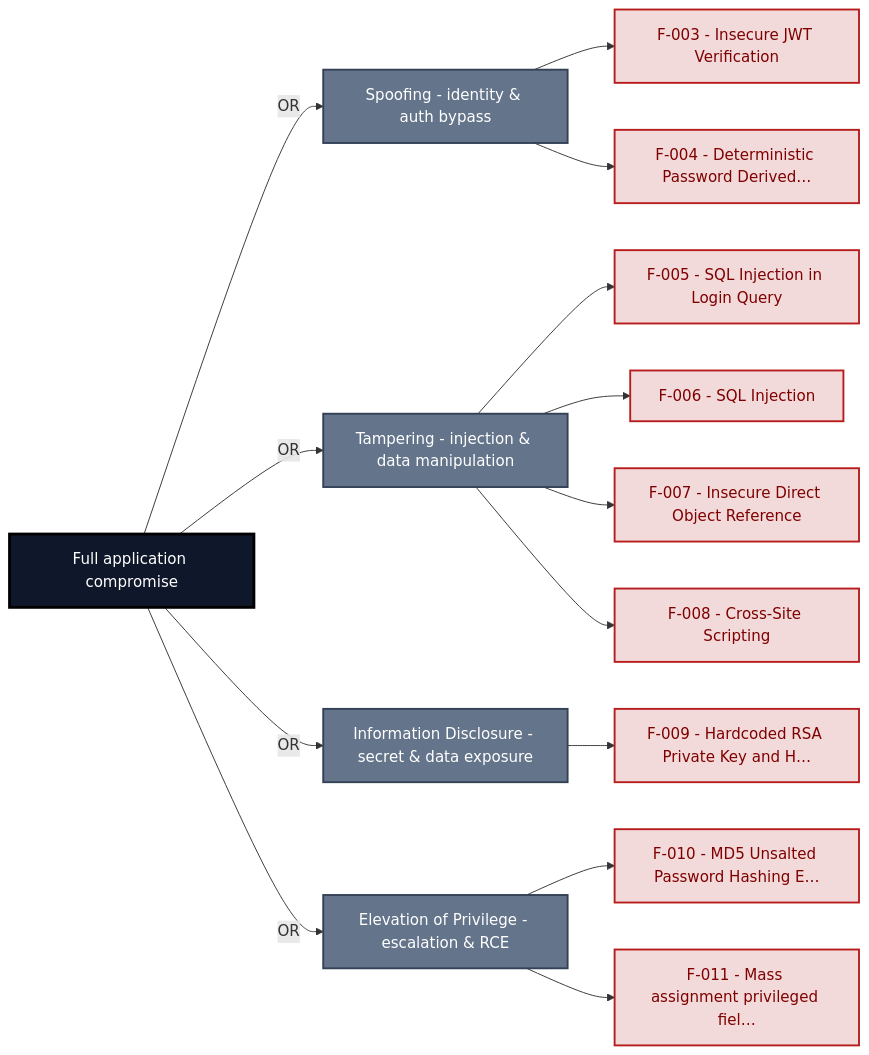
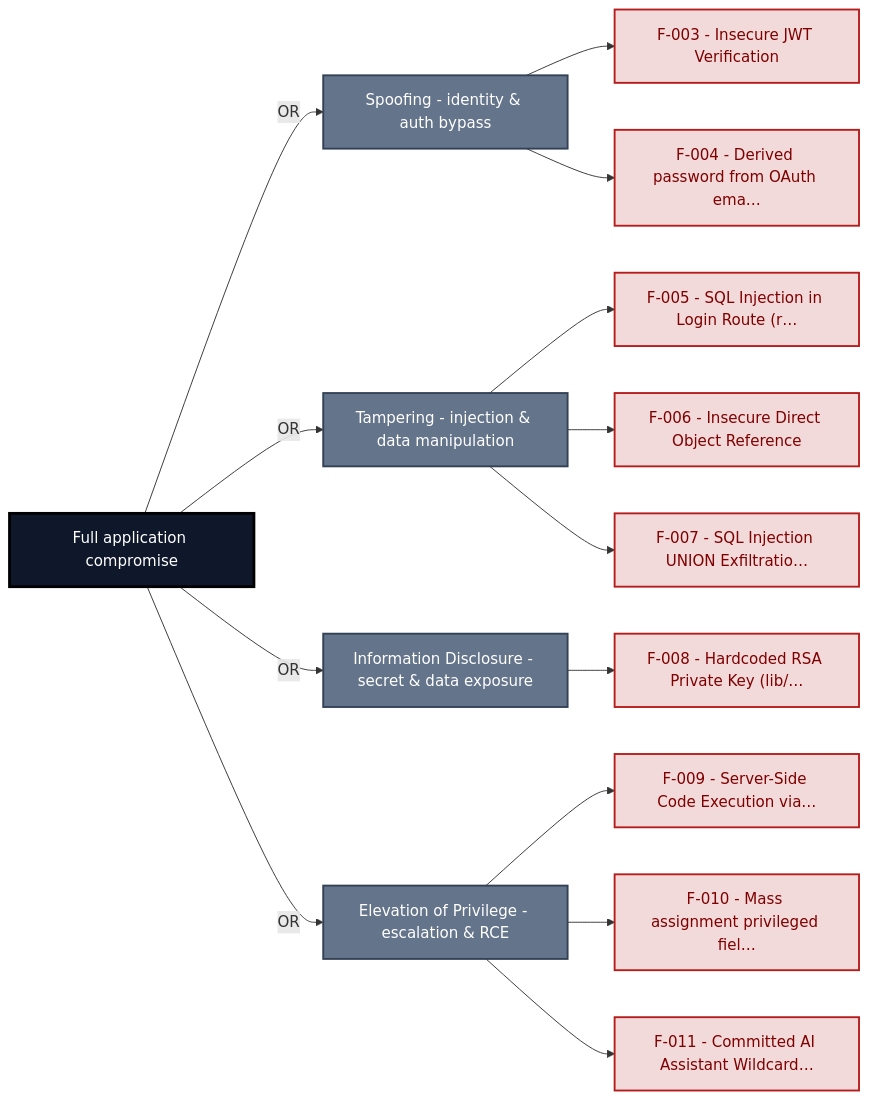
One commit to appsec-foundry/appsec-advisor changed the first of 5 diagrams in examples/threat-modeler/threat-model-juice-shop-quick.md. Above: the diagram before and after it, drawn with Mermaid. The commit also changed other lines of this file and 7 other files, not shown here.

````diff
--- a/examples/threat-modeler/threat-model-juice-shop-quick.md
+++ b/examples/threat-modeler/threat-model-juice-shop-quick.md
@@ -269,36 +182,36 @@
 ```mermaid
 graph LR
     GOAL["Full application compromise"]:::goal
     CAP_SPOOF["Spoofing - identity & auth bypass"]:::or_node
     T003["F-003 - Insecure JWT Verification"]:::leaf
-    T004["F-004 - Deterministic Password Derived…"]:::leaf
+    T004["F-004 - Derived password from OAuth ema…"]:::leaf
     CAP_TAMPER["Tampering - injection & data manipulation"]:::or_node
-    T005["F-005 - SQL Injection in Login Query"]:::leaf
-    T006["F-006 - SQL Injection"]:::leaf
-    T007["F-007 - Insecure Direct Object Reference"]:::leaf
-    T008["F-008 - Cross-Site Scripting"]:::leaf
+    T005["F-005 - SQL Injection in Login Route (r…"]:::leaf
+    T006["F-006 - Insecure Direct Object Reference"]:::leaf
+    T007["F-007 - SQL Injection UNION Exfiltratio…"]:::leaf
     CAP_INFO["Information Disclosure - secret & data exposure"]:::or_node
-    T009["F-009 - Hardcoded RSA Private Key and H…"]:::leaf
+    T008["F-008 - Hardcoded RSA Private Key (lib/…"]:::leaf
     CAP_EOP["Elevation of Privilege - escalation & RCE"]:::or_node
-    T010["F-010 - MD5 Unsalted Password Hashing E…"]:::leaf
-    T011["F-011 - Mass assignment privileged fiel…"]:::leaf
+    T009["F-009 - Server-Side Code Execution via…"]:::leaf
+    T010["F-010 - Mass assignment privileged fiel…"]:::leaf
+    T011["F-011 - Committed AI Assistant Wildcard…"]:::leaf
 
     GOAL -->|"OR"| CAP_SPOOF
     CAP_SPOOF --> T003
     CAP_SPOOF --> T004
     GOAL -->|"OR"| CAP_TAMPER
     CAP_TAMPER --> T005
     CAP_TAMPER --> T006
     CAP_TAMPER --> T007
-    CAP_TAMPER --> T008
     GOAL -->|"OR"| CAP_INFO
-    CAP_INFO --> T009
+    CAP_INFO --> T008
     GOAL -->|"OR"| CAP_EOP
+    CAP_EOP --> T009
     CAP_EOP --> T010
     CAP_EOP --> T011
 
     classDef goal fill:#0f172a,stroke:#000,color:#fff,stroke-width:3px
     classDef and_node fill:#334155,stroke:#1e293b,color:#fff,stroke-width:2px
     classDef or_node fill:#64748b,stroke:#334155,color:#fff,stroke-width:2px
     classDef leaf fill:#f3dada,stroke:#b71c1c,color:#7f0000,stroke-width:2px
 ```
````
